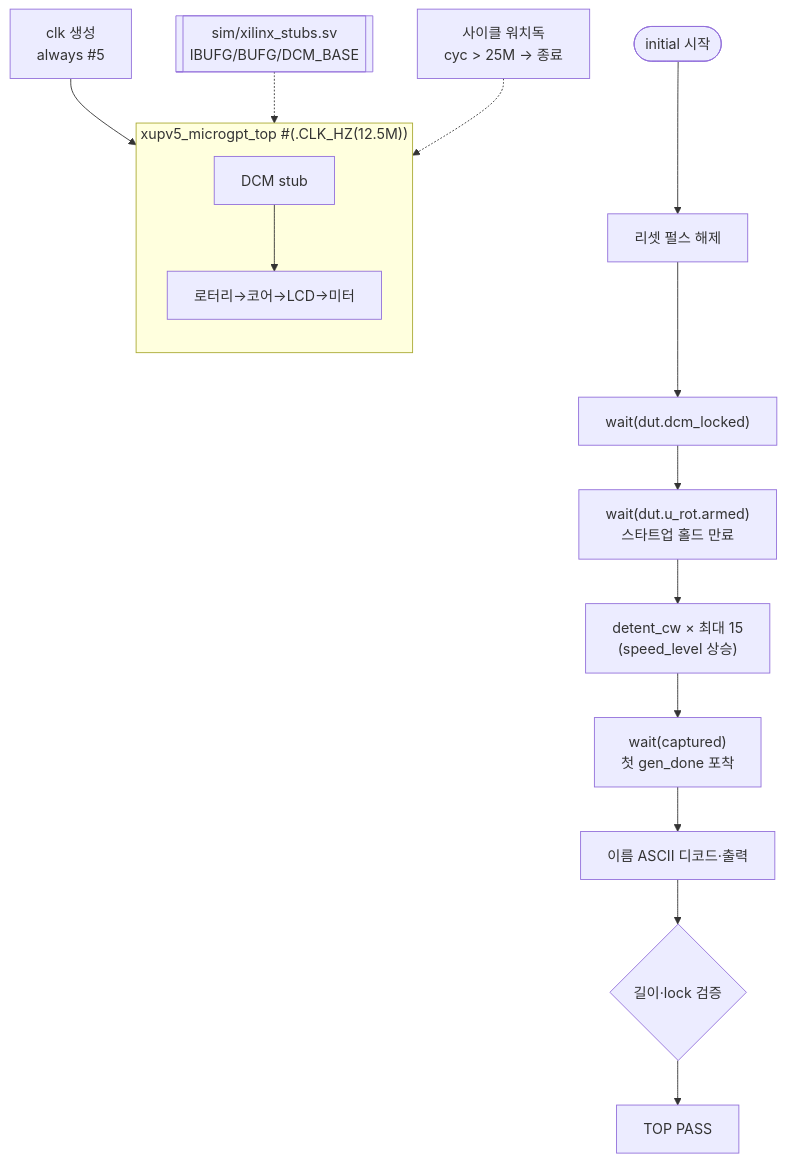
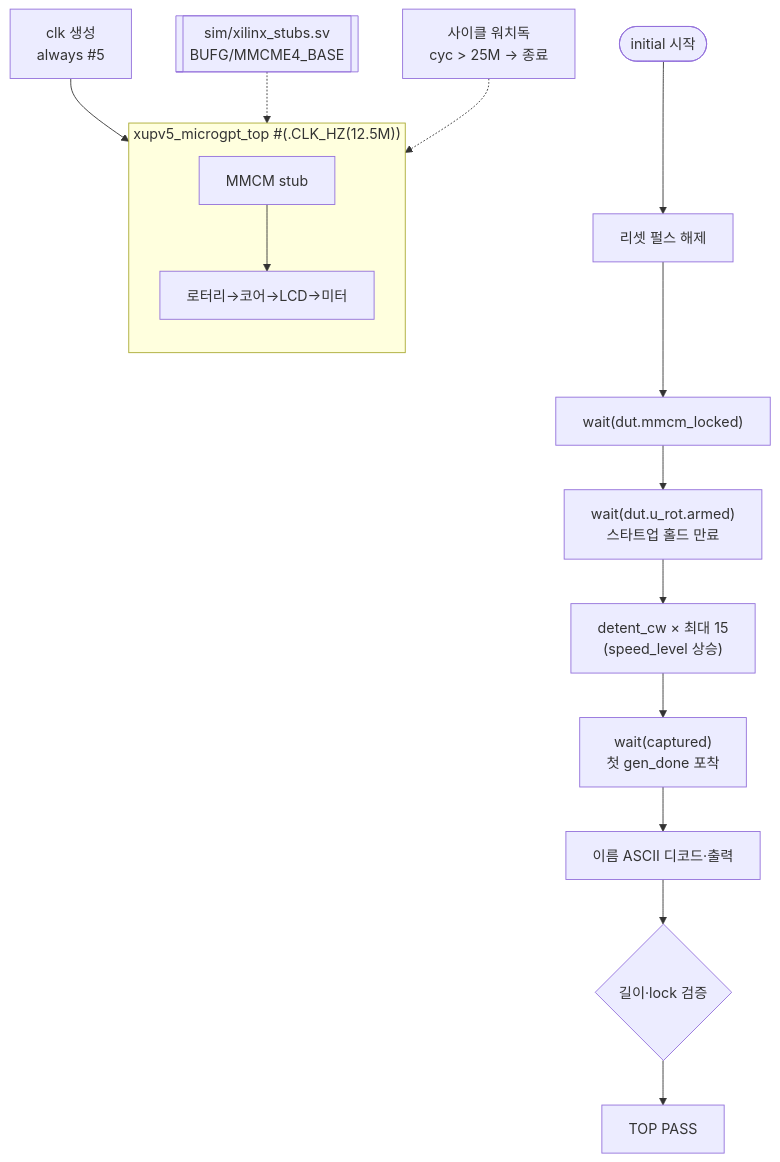
The diagram in sim/tb_top.sv.kr.md (chorus96/gateGPT), drawn with Mermaid before and after one commit. The commit also changed other lines of this file and 15 other files, not shown here.

````diff
--- a/sim/tb_top.sv.kr.md
+++ b/sim/tb_top.sv.kr.md
@@ -16,20 +16,20 @@
 ```mermaid
 flowchart TB
     CLK["clk 생성<br/>always #5"] --> DUT
     subgraph DUT["xupv5_microgpt_top #(.CLK_HZ(12.5M))"]
         direction TB
-        DCM["DCM stub"] --> CORE["로터리→코어→LCD→미터"]
+        MMCM["MMCM stub"] --> CORE["로터리→코어→LCD→미터"]
     end
-    STUBS[["sim/xilinx_stubs.sv<br/>IBUFG/BUFG/DCM_BASE"]] -.-> DUT
+    STUBS[["sim/xilinx_stubs.sv<br/>BUFG/MMCME4_BASE"]] -.-> DUT
 
     START(["initial 시작"]) --> RST["리셋 펄스 해제"]
-    RST --> WLOCK["wait(dut.dcm_locked)"]
+    RST --> WLOCK["wait(dut.mmcm_locked)"]
     WLOCK --> WARM["wait(dut.u_rot.armed)<br/>스타트업 홀드 만료"]
     WARM --> ROT["detent_cw × 최대 15<br/>(speed_level 상승)"]
     ROT --> WGEN["wait(captured)<br/>첫 gen_done 포착"]
     WGEN --> DEC["이름 ASCII 디코드·출력"]
     DEC --> CHK{"길이·lock 검증"}
     CHK --> PASS["TOP PASS"]
 
     WD["사이클 워치독<br/>cyc > 25M → 종료"] -.-> DUT
 ```
````
